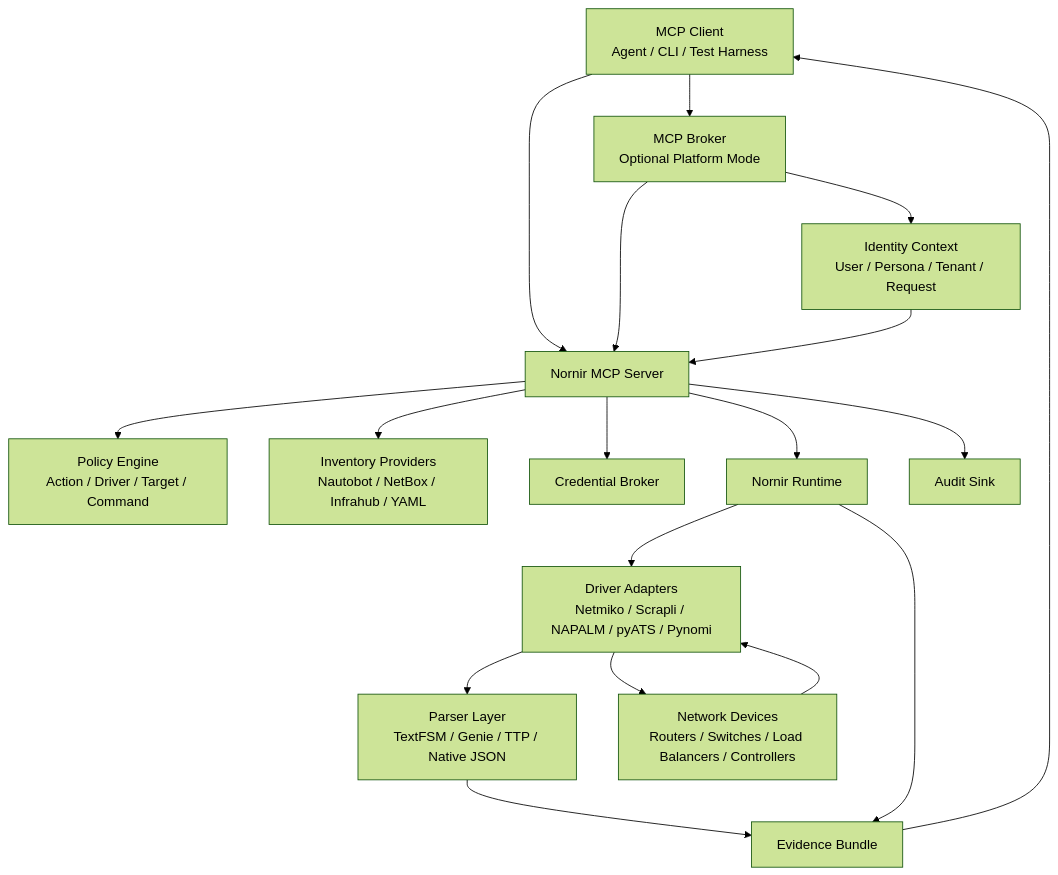
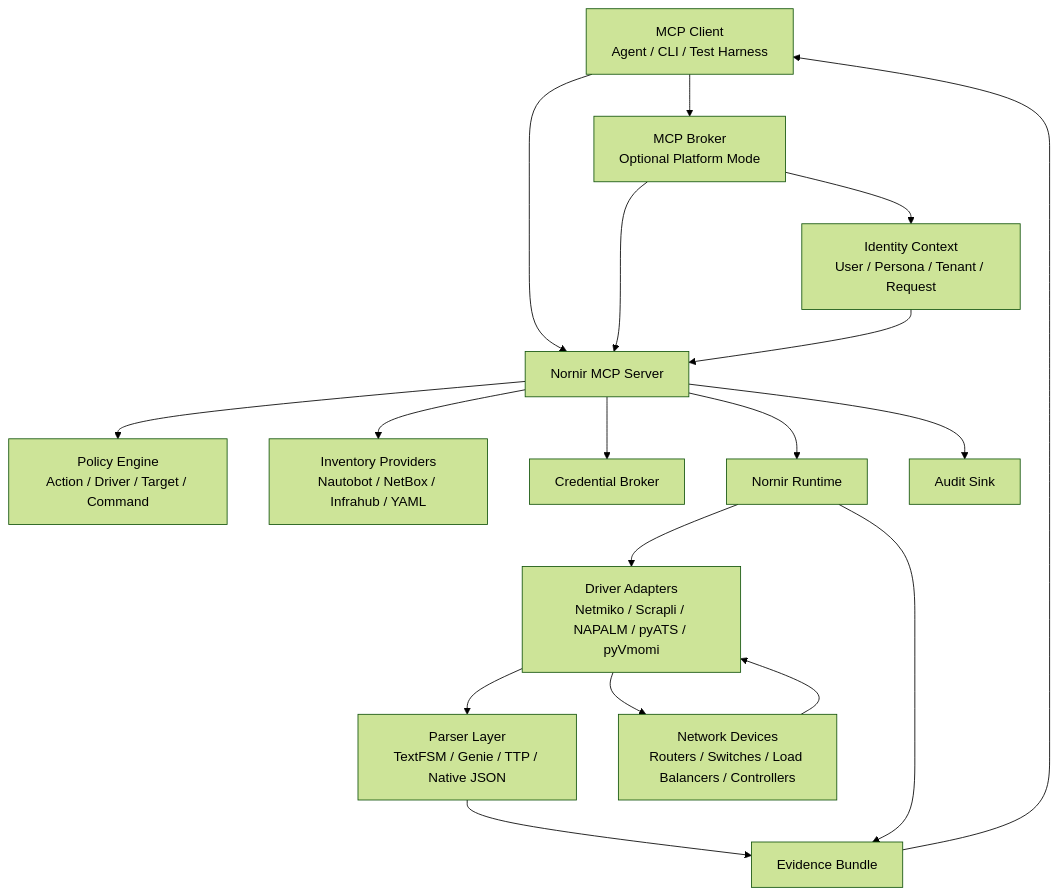
Before and after one commit to ColtMercer/the-agentic-network-platform: the diagram in projects/nornir-mcp/README.md, drawn with Mermaid (forest theme). The commit also changed other lines of this file and 8 other files, not shown here.

````diff
--- a/projects/nornir-mcp/README.md
+++ b/projects/nornir-mcp/README.md
@@ -28,34 +28,34 @@
 ```mermaid
 flowchart TB
     client[MCP Client<br/>Agent / CLI / Test Harness]
     broker[MCP Broker<br/>Optional Platform Mode]
     auth[Identity Context<br/>User / Persona / Tenant / Request]
     server[Nornir MCP Server]
     policy[Policy Engine<br/>Action / Driver / Target / Command]
     inventory[Inventory Providers<br/>Nautobot / NetBox / Infrahub / YAML]
     secrets[Credential Broker]
     nornir[Nornir Runtime]
-    drivers[Driver Adapters<br/>Netmiko / Scrapli / NAPALM / pyATS / Pynomi]
+    drivers[Driver Adapters<br/>Netmiko / Scrapli / NAPALM / pyATS / pyVmomi]
     parser[Parser Layer<br/>TextFSM / Genie / TTP / Native JSON]
     devices[Network Devices<br/>Routers / Switches / Load Balancers / Controllers]
     evidence[Evidence Bundle]
     audit[Audit Sink]
 
     client --> broker
     client --> server
     broker --> auth
     broker --> server
     auth --> server
     server --> policy
     server --> inventory
     server --> secrets
     server --> nornir
     nornir --> drivers
     drivers --> devices
     devices --> drivers
     drivers --> parser
     parser --> evidence
     nornir --> evidence
     server --> audit
     evidence --> client
 ```
````
